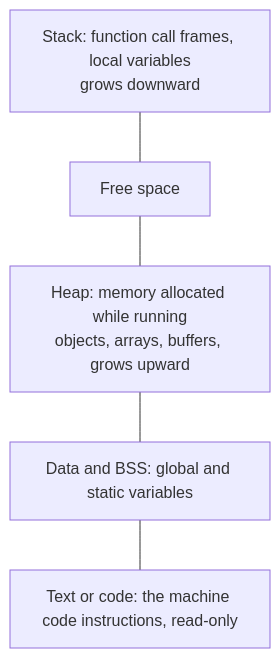
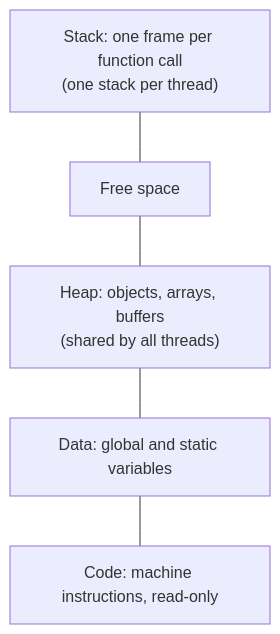
Before and after one commit to AnkitSharma745/Master_Javascript: the second of 5 diagrams in 01-cs-and-web-fundamentals/03-operating-systems-processes-threads-memory.md, drawn with Mermaid. The commit also changed other lines of this file and 271 other files, not shown here.

````diff
--- a/01-cs-and-web-fundamentals/03-operating-systems-processes-threads-memory.md
+++ b/01-cs-and-web-fundamentals/03-operating-systems-processes-threads-memory.md
@@ -121,12 +68,12 @@
 ```mermaid
 flowchart TD
-    ST["Stack: function call frames, local variables<br/>grows downward"]
+    ST["Stack: one frame per function call<br/>(one stack per thread)"]
     GAP["Free space"]
-    HP["Heap: memory allocated while running<br/>objects, arrays, buffers, grows upward"]
-    DATA["Data and BSS: global and static variables"]
-    TEXT["Text or code: the machine code instructions, read-only"]
+    HP["Heap: objects, arrays, buffers<br/>(shared by all threads)"]
+    DATA["Data: global and static variables"]
+    TEXT["Code: machine instructions, read-only"]
     ST --- GAP
     GAP --- HP
     HP --- DATA
     DATA --- TEXT
 ```
````
